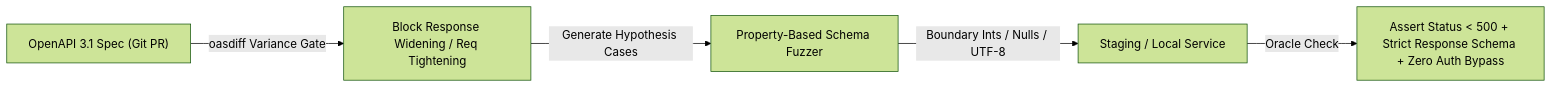
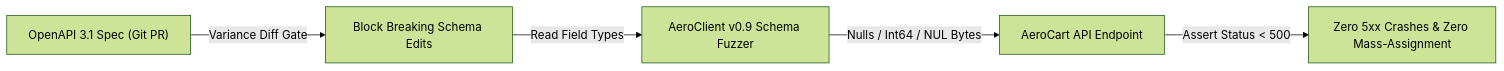
Before and after one commit to manjunathk833/codingforinterviews: the diagram in knowledgebase/04-api-and-api-automation/09-openapi-schema-governance-and-fuzzing.md, drawn with Mermaid (forest theme). The commit also changed other lines of this file and 55 other files, not shown here.

````diff
--- a/knowledgebase/04-api-and-api-automation/09-openapi-schema-governance-and-fuzzing.md
+++ b/knowledgebase/04-api-and-api-automation/09-openapi-schema-governance-and-fuzzing.md
@@ -72,7 +92,7 @@
 ```mermaid
 flowchart LR
-  Spec["OpenAPI 3.1 Spec (Git PR)"] -->|oasdiff Variance Gate| Diff["Block Response Widening / Req Tightening"]
-  Diff -->|Generate Hypothesis Cases| Fuzz["Property-Based Schema Fuzzer"]
-  Fuzz -->|Boundary Ints / Nulls / UTF-8| API["Staging / Local Service"]
-  API -->|Oracle Check| Gate["Assert Status < 500 + Strict Response Schema + Zero Auth Bypass"]
+  Spec["OpenAPI 3.1 Spec (Git PR)"] -->|Variance Diff Gate| Diff["Block Breaking Schema Edits"]
+  Diff -->|Read Field Types| Fuzz["AeroClient v0.9 Schema Fuzzer"]
+  Fuzz -->|Nulls / Int64 / NUL Bytes| API["AeroCart API Endpoint"]
+  API -->|Assert Status < 500| Gate["Zero 5xx Crashes & Zero Mass-Assignment"]
 ```
````
